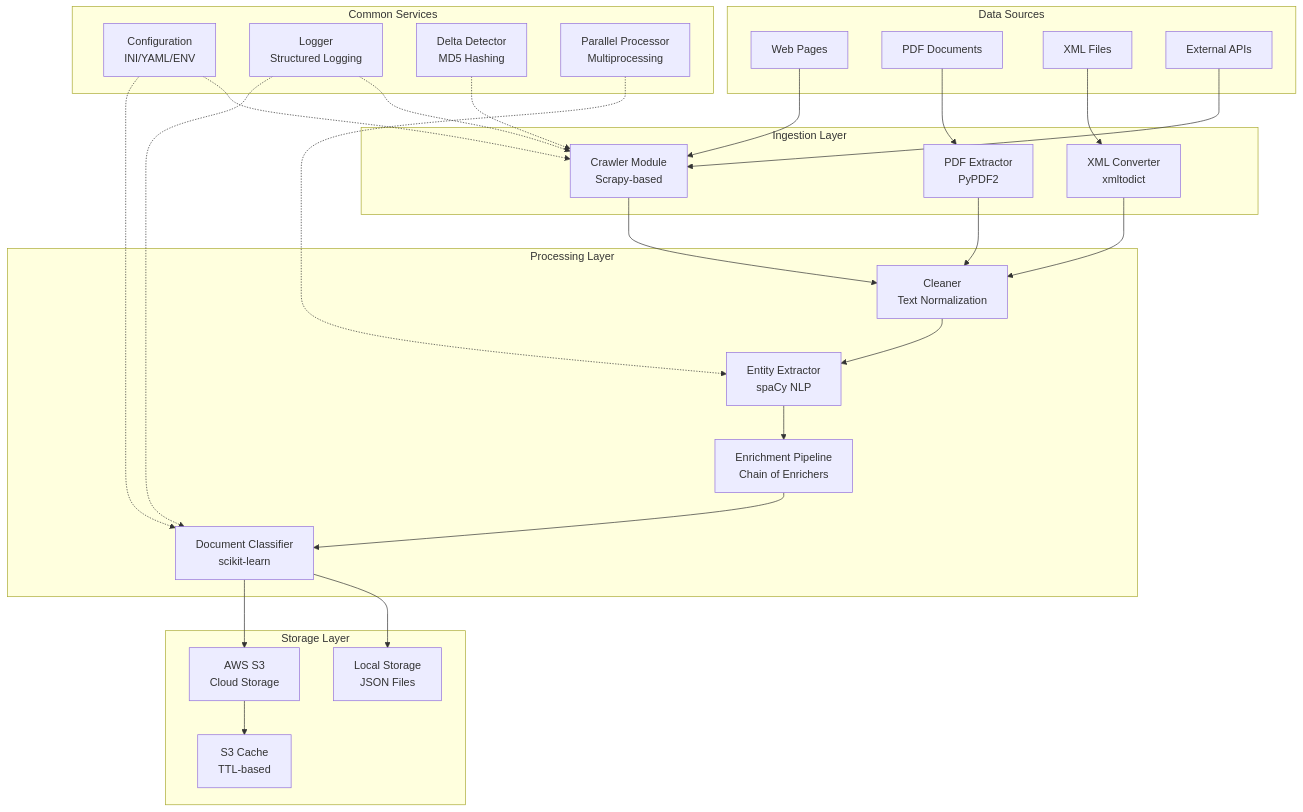
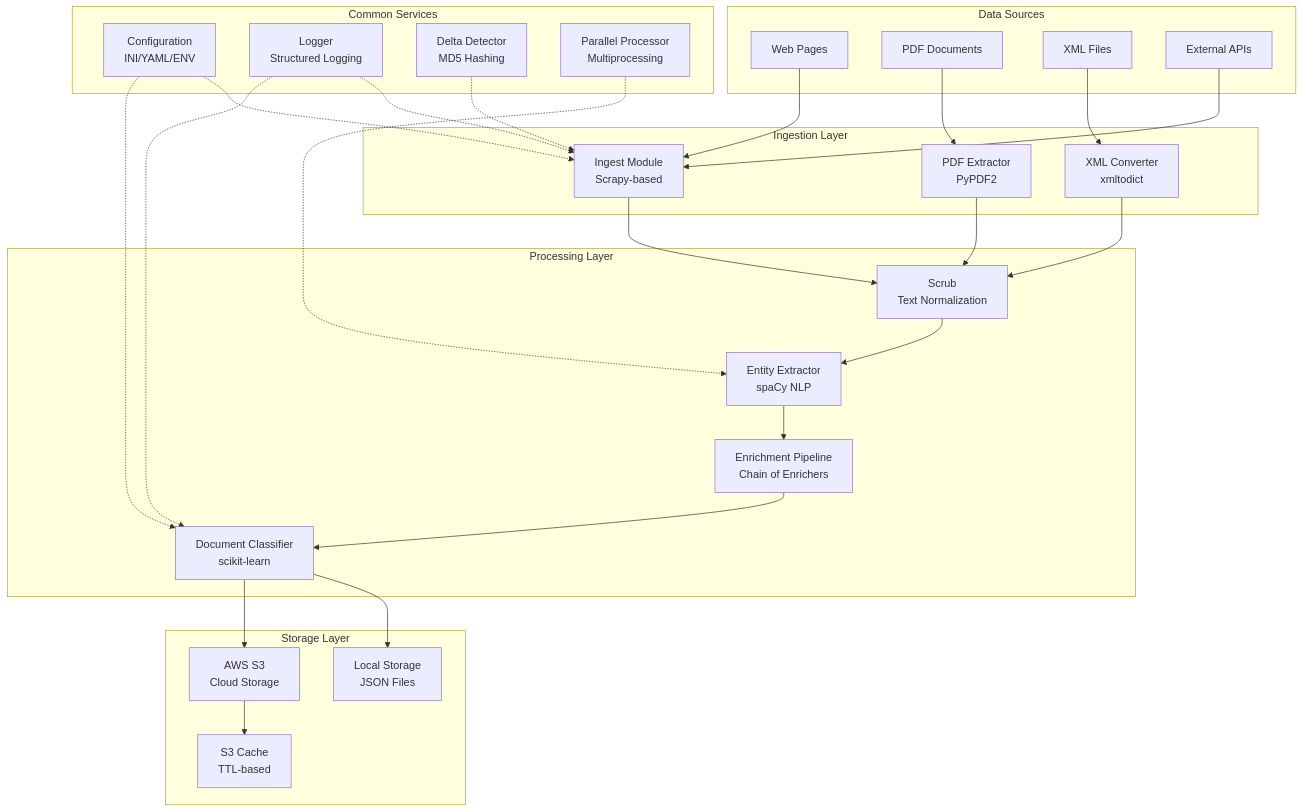
One commit to bsamud/data-harvester changed the first of 12 diagrams in docs/ARCHITECTURE.md. Above: the diagram before and after it, drawn with Mermaid. The commit also changed other lines of this file and 1 other file, not shown here.

First line of the commit message:
updated docs for new module names. action verbs ftw

````diff
--- a/docs/ARCHITECTURE.md
+++ b/docs/ARCHITECTURE.md
@@ -20,59 +20,59 @@
 ```mermaid
 graph TB
     subgraph "Data Sources"
         WEB[Web Pages]
         PDF[PDF Documents]
         XML[XML Files]
         API[External APIs]
     end
 
     subgraph "Ingestion Layer"
-        CRAWLER[Crawler Module<br/>Scrapy-based]
+        INGEST[Ingest Module<br/>Scrapy-based]
         PDF_EXT[PDF Extractor<br/>PyPDF2]
         XML_CONV[XML Converter<br/>xmltodict]
     end
 
     subgraph "Processing Layer"
-        CLEAN[Cleaner<br/>Text Normalization]
+        SCRUB[Scrub<br/>Text Normalization]
         EXTRACT[Entity Extractor<br/>spaCy NLP]
         ENRICH[Enrichment Pipeline<br/>Chain of Enrichers]
         CLASS[Document Classifier<br/>scikit-learn]
     end
 
     subgraph "Storage Layer"
         LOCAL[Local Storage<br/>JSON Files]
         S3[AWS S3<br/>Cloud Storage]
         CACHE[S3 Cache<br/>TTL-based]
     end
 
     subgraph "Common Services"
         CONFIG[Configuration<br/>INI/YAML/ENV]
         LOG[Logger<br/>Structured Logging]
         DELTA[Delta Detector<br/>MD5 Hashing]
         PARALLEL[Parallel Processor<br/>Multiprocessing]
     end
 
-    WEB --> CRAWLER
+    WEB --> INGEST
     PDF --> PDF_EXT
     XML --> XML_CONV
-    API --> CRAWLER
+    API --> INGEST
 
-    CRAWLER --> CLEAN
-    PDF_EXT --> CLEAN
-    XML_CONV --> CLEAN
+    INGEST --> SCRUB
+    PDF_EXT --> SCRUB
+    XML_CONV --> SCRUB
 
-    CLEAN --> EXTRACT
+    SCRUB --> EXTRACT
     EXTRACT --> ENRICH
     ENRICH --> CLASS
 
     CLASS --> LOCAL
     CLASS --> S3
     S3 --> CACHE
 
-    CONFIG -.-> CRAWLER
+    CONFIG -.-> INGEST
     CONFIG -.-> CLASS
-    LOG -.-> CRAWLER
+    LOG -.-> INGEST
     LOG -.-> CLASS
-    DELTA -.-> CRAWLER
+    DELTA -.-> INGEST
     PARALLEL -.-> EXTRACT
 ```
````
